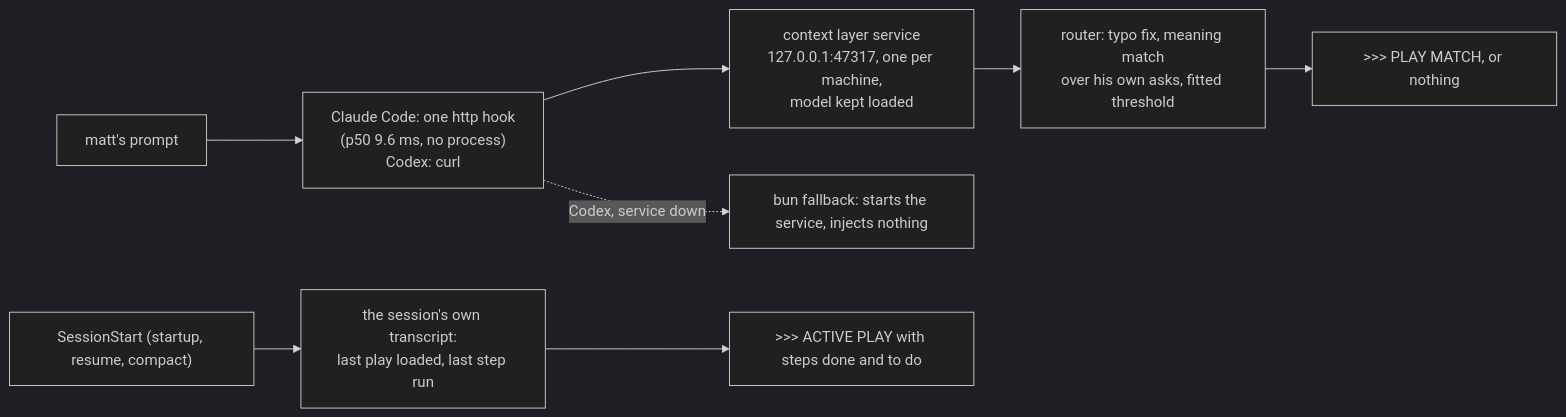
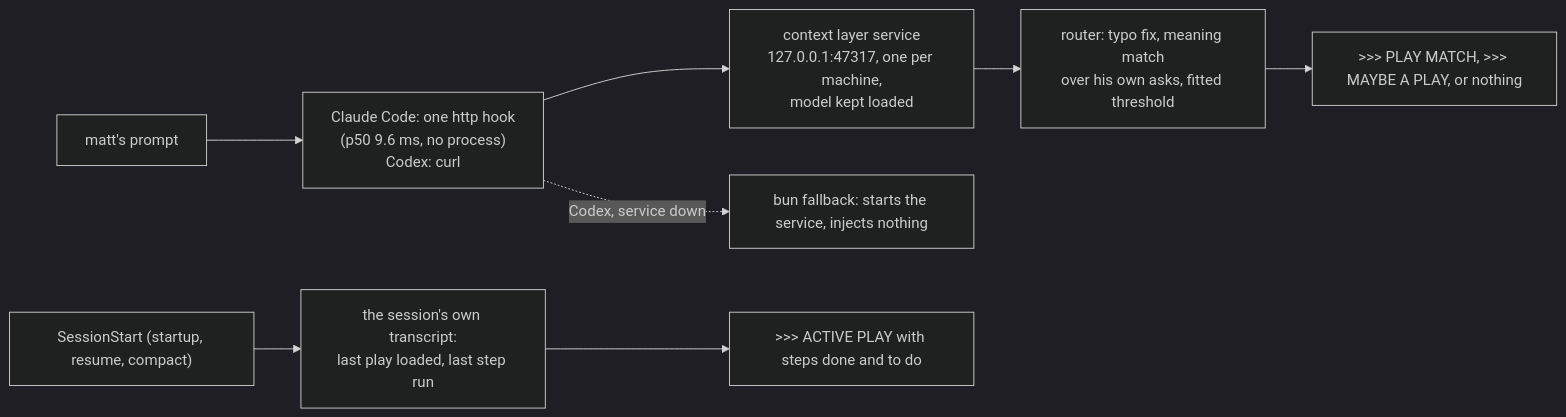
Before and after one commit to matthewdonsemail-lab/log: the diagram in docs/contextLayer.md, drawn with Mermaid (dark theme). The commit also changed other lines of this file and 94 other files, not shown here.

````diff
--- a/docs/contextLayer.md
+++ b/docs/contextLayer.md
@@ -13,10 +13,10 @@
 ```mermaid
 flowchart LR
   P["matt's prompt"] --> C["Claude Code: one http hook<br/>(p50 9.6 ms, no process)<br/>Codex: curl"]
   C --> S["context layer service<br/>127.0.0.1:47317, one per machine,<br/>model kept loaded"]
   S --> R["router: typo fix, meaning match<br/>over his own asks, fitted threshold"]
-  R --> O[">>> PLAY MATCH, or nothing"]
+  R --> O[">>> PLAY MATCH, >>> MAYBE A PLAY, or nothing"]
   C -. "Codex, service down" .-> B["bun fallback: starts the service, injects nothing"]
   K["SessionStart (startup, resume, compact)"] --> T["the session's own transcript:<br/>last play loaded, last step run"]
   T --> A[">>> ACTIVE PLAY with steps done and to do"]
 ```
````
